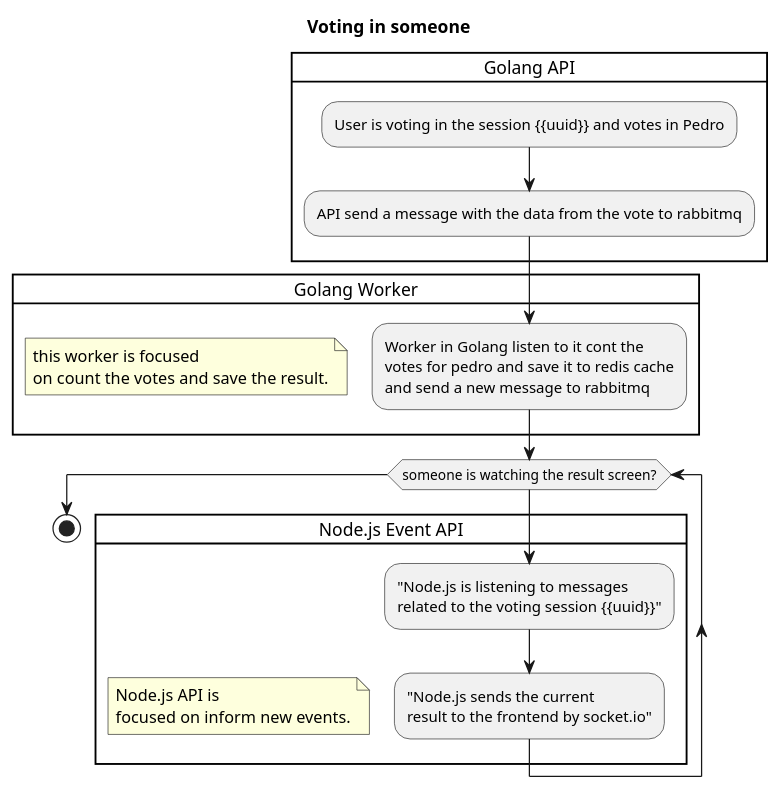
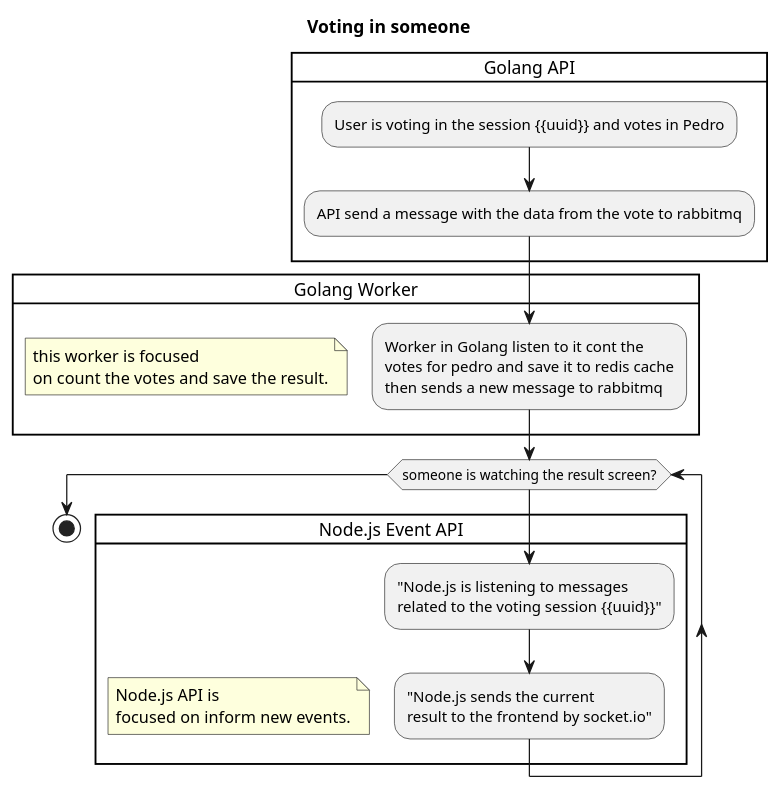
Before and after one commit to MarcolinoProjects/Voting-app_Main: the second of 2 diagrams in docs/activity.plantuml, drawn with PlantUML. The commit also changed 1 other file, not shown here.

Commit message:
docs: improve diagrams

```diff
--- a/docs/activity.plantuml
+++ b/docs/activity.plantuml
@@ -12,26 +12,25 @@
 @startuml
 title "Voting in someone"
 card "Golang API" {
     :User is voting in the session {{uuid}} and votes in Pedro;
     :API send a message with the data from the vote to rabbitmq;
 }
 card "Golang Worker" {
     :Worker in Golang listen to it cont the
     votes for pedro and save it to redis cache
-    and send a new message to rabbitmq;
+    then sends a new message to rabbitmq;
     floating note: this worker is focused\non count the votes and save the result.
 }
 
 while (someone is watching the result screen?)
   card "Node.js Event API" {
       :"Node.js is listening to messages
       related to the voting session {{uuid}}";
       :"Node.js sends the current
       result to the frontend by socket.io";
   }
   floating note: Node.js API is\nfocused on inform new events.
 endwhile
-
 stop
 
 @enduml
```
